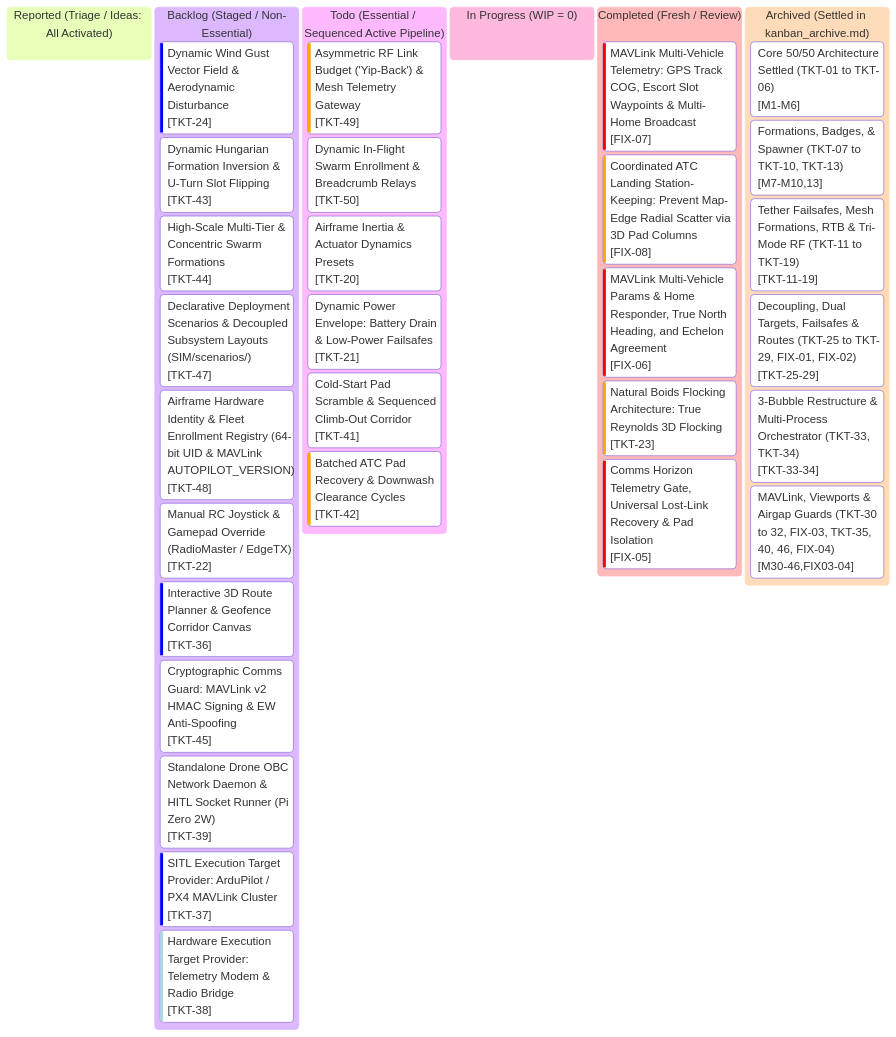
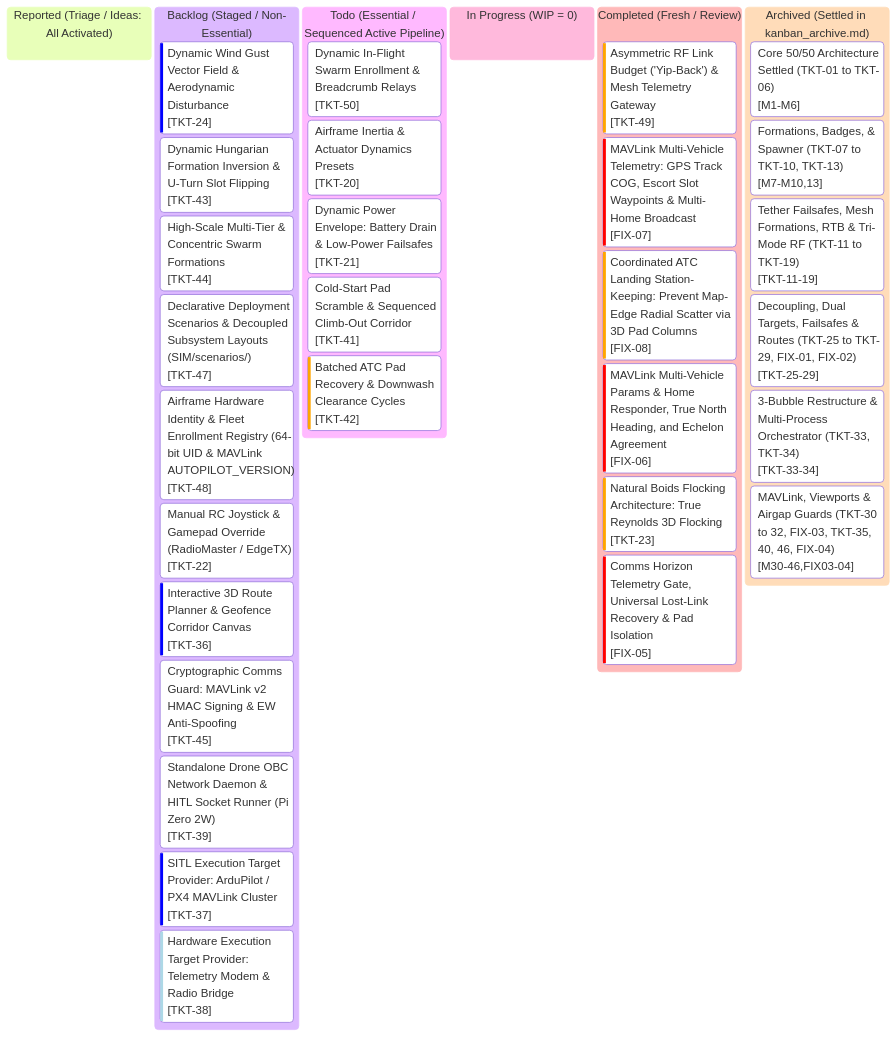
One commit to AlitheiaDeus/SwarmTech_v3-Uprising changed the diagram in kanban.md. Above: the diagram before and after it, drawn with Mermaid. The commit also changed other lines of this file and 11 other files, not shown here.

Commit message:
feat(sim,rf): asymmetric canine link budget (Howl/Bark/Yip) & mesh gateway [TKT-49]

````diff
--- a/kanban.md
+++ b/kanban.md
@@ -10,57 +10,57 @@
 ```mermaid
 %%{init: {
   'theme': 'base',
   'themeVariables': {
     'primaryColor': '#0d2235',
     'primaryTextColor': '#d4f4ff',
     'primaryBorderColor': '#00f0ff',
     'lineColor': '#00f0ff',
     'background': '#061019',
     'mainBkg': '#0a1926',
     'secondaryColor': '#081420',
     'secondaryTextColor': '#5a7e96',
     'secondaryBorderColor': '#134e6f',
     'tertiaryColor': '#0e263d',
     'tertiaryTextColor': '#00ffaa',
     'tertiaryBorderColor': '#00ffaa',
     'clusterBkg': '#081420',
     'clusterBorder': '#134e6f',
     'fontFamily': "'JetBrains Mono', 'Courier New', monospace"
   }
 }}%%
 kanban
   reported["Reported (Triage / Ideas: All Activated)"]
   backlog["Backlog (Staged / Non-Essential)"]
     tkt24["Dynamic Wind Gust Vector Field & Aerodynamic Disturbance"]@{ ticket: '[TKT-24]', priority: 'Low' }
     tkt43["Dynamic Hungarian Formation Inversion & U-Turn Slot Flipping"]@{ ticket: '[TKT-43]', priority: 'Medium' }
     tkt44["High-Scale Multi-Tier & Concentric Swarm Formations"]@{ ticket: '[TKT-44]', priority: 'Medium' }
     tkt47["Declarative Deployment Scenarios & Decoupled Subsystem Layouts (SIM/scenarios/)"]@{ ticket: '[TKT-47]', priority: 'Medium' }
     tkt48["Airframe Hardware Identity & Fleet Enrollment Registry (64-bit UID & MAVLink AUTOPILOT_VERSION)"]@{ ticket: '[TKT-48]', priority: 'Medium' }
     tkt22["Manual RC Joystick & Gamepad Override (RadioMaster / EdgeTX)"]@{ ticket: '[TKT-22]', priority: 'Medium' }
     tkt36["Interactive 3D Route Planner & Geofence Corridor Canvas"]@{ ticket: '[TKT-36]', priority: 'Low' }
     tkt45["Cryptographic Comms Guard: MAVLink v2 HMAC Signing & EW Anti-Spoofing"]@{ ticket: '[TKT-45]', priority: 'Medium' }
     tkt39["Standalone Drone OBC Network Daemon & HITL Socket Runner (Pi Zero 2W)"]@{ ticket: '[TKT-39]', priority: 'Medium' }
     tkt37["SITL Execution Target Provider: ArduPilot / PX4 MAVLink Cluster"]@{ ticket: '[TKT-37]', priority: 'Low' }
     tkt38["Hardware Execution Target Provider: Telemetry Modem & Radio Bridge"]@{ ticket: '[TKT-38]', priority: 'Very Low' }
   todo["Todo (Essential / Sequenced Active Pipeline)"]
-    tkt49["Asymmetric RF Link Budget ('Yip-Back') & Mesh Telemetry Gateway"]@{ ticket: '[TKT-49]', priority: 'High' }
     tkt50["Dynamic In-Flight Swarm Enrollment & Breadcrumb Relays"]@{ ticket: '[TKT-50]', priority: 'Medium' }
     tkt20["Airframe Inertia & Actuator Dynamics Presets"]@{ ticket: '[TKT-20]', priority: 'Medium' }
     tkt21["Dynamic Power Envelope: Battery Drain & Low-Power Failsafes"]@{ ticket: '[TKT-21]', priority: 'Medium' }
     tkt41["Cold-Start Pad Scramble & Sequenced Climb-Out Corridor"]@{ ticket: '[TKT-41]', priority: 'Medium' }
     tkt42["Batched ATC Pad Recovery & Downwash Clearance Cycles"]@{ ticket: '[TKT-42]', priority: 'High' }
   in_progress["In Progress (WIP = 0)"]
   completed["Completed (Fresh / Review)"]
+    tkt49["Asymmetric RF Link Budget ('Yip-Back') & Mesh Telemetry Gateway"]@{ ticket: '[TKT-49]', priority: 'High' }
     fix07["MAVLink Multi-Vehicle Telemetry: GPS Track COG, Escort Slot Waypoints & Multi-Home Broadcast"]@{ ticket: '[FIX-07]', priority: 'Very High' }
     fix08["Coordinated ATC Landing Station-Keeping: Prevent Map-Edge Radial Scatter via 3D Pad Columns"]@{ ticket: '[FIX-08]', priority: 'High' }
     fix06["MAVLink Multi-Vehicle Params & Home Responder, True North Heading, and Echelon Agreement"]@{ ticket: '[FIX-06]', priority: 'Very High' }
     tkt23["Natural Boids Flocking Architecture: True Reynolds 3D Flocking"]@{ ticket: '[TKT-23]', priority: 'High' }
     fix05["Comms Horizon Telemetry Gate, Universal Lost-Link Recovery & Pad Isolation"]@{ ticket: '[FIX-05]', priority: 'Very High' }
   archived["Archived (Settled in kanban_archive.md)"]
     arch_m1_6["Core 50/50 Architecture Settled (TKT-01 to TKT-06)"]@{ ticket: '[M1-M6]' }
     arch_m7_10_13["Formations, Badges, & Spawner (TKT-07 to TKT-10, TKT-13)"]@{ ticket: '[M7-M10,13]' }
     arch_m11_19["Tether Failsafes, Mesh Formations, RTB & Tri-Mode RF (TKT-11 to TKT-19)"]@{ ticket: '[TKT-11-19]' }
     arch_m25_29["Decoupling, Dual Targets, Failsafes & Routes (TKT-25 to TKT-29, FIX-01, FIX-02)"]@{ ticket: '[TKT-25-29]' }
     arch_m33_34["3-Bubble Restructure & Multi-Process Orchestrator (TKT-33, TKT-34)"]@{ ticket: '[TKT-33-34]' }
     arch_m30_46_fix03_04["MAVLink, Viewports & Airgap Guards (TKT-30 to 32, FIX-03, TKT-35, 40, 46, FIX-04)"]@{ ticket: '[M30-46,FIX03-04]' }
 ```
````
